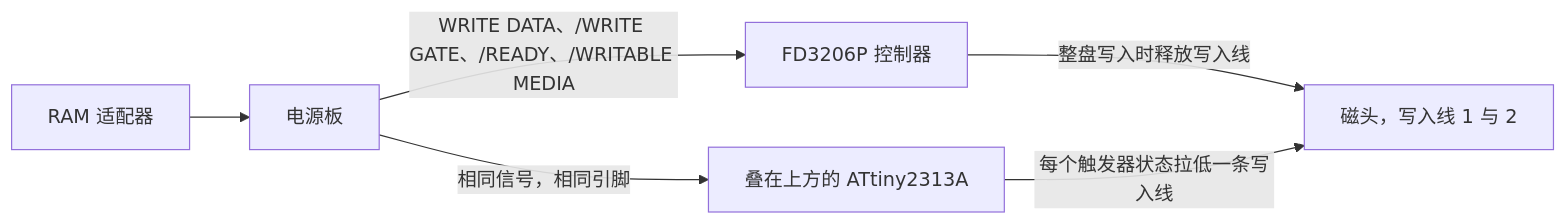
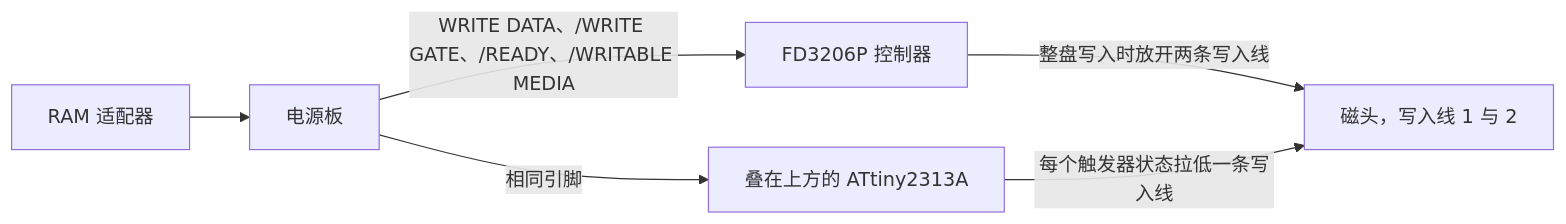
One commit to gufranco/fd3206-write-unlock changed the diagram in README.zh-CN.md. Above: the diagram before and after it, drawn with Mermaid. The commit also changed other lines of this file and 3 other files, not shown here.

````diff
--- a/README.zh-CN.md
+++ b/README.zh-CN.md
@@ -109,8 +107,8 @@
 ```mermaid
 graph LR
     RAM[RAM 适配器] --> PWR[电源板]
     PWR -->|WRITE DATA、/WRITE GATE、/READY、/WRITABLE MEDIA| FD[FD3206P 控制器]
-    PWR -->|相同信号，相同引脚| AT[叠在上方的 ATtiny2313A]
-    FD -->|整盘写入时释放写入线| HEAD[磁头，写入线 1 与 2]
+    PWR -->|相同引脚| AT[叠在上方的 ATtiny2313A]
+    FD -->|整盘写入时放开两条写入线| HEAD[磁头，写入线 1 与 2]
     AT -->|每个触发器状态拉低一条写入线| HEAD
 ```
````
